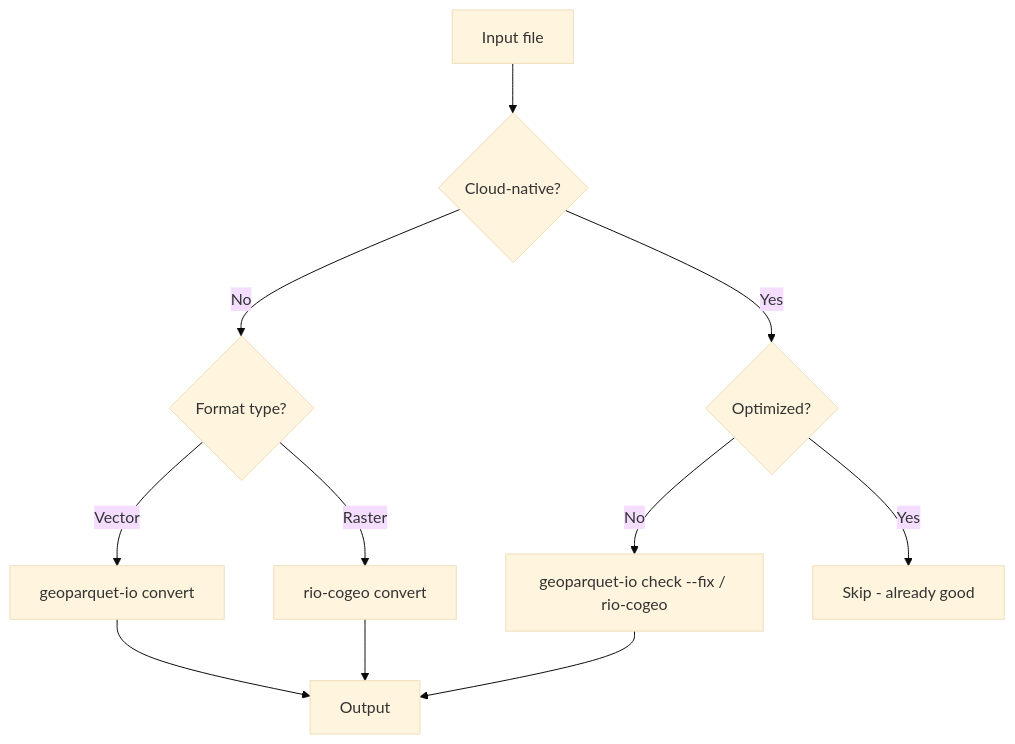
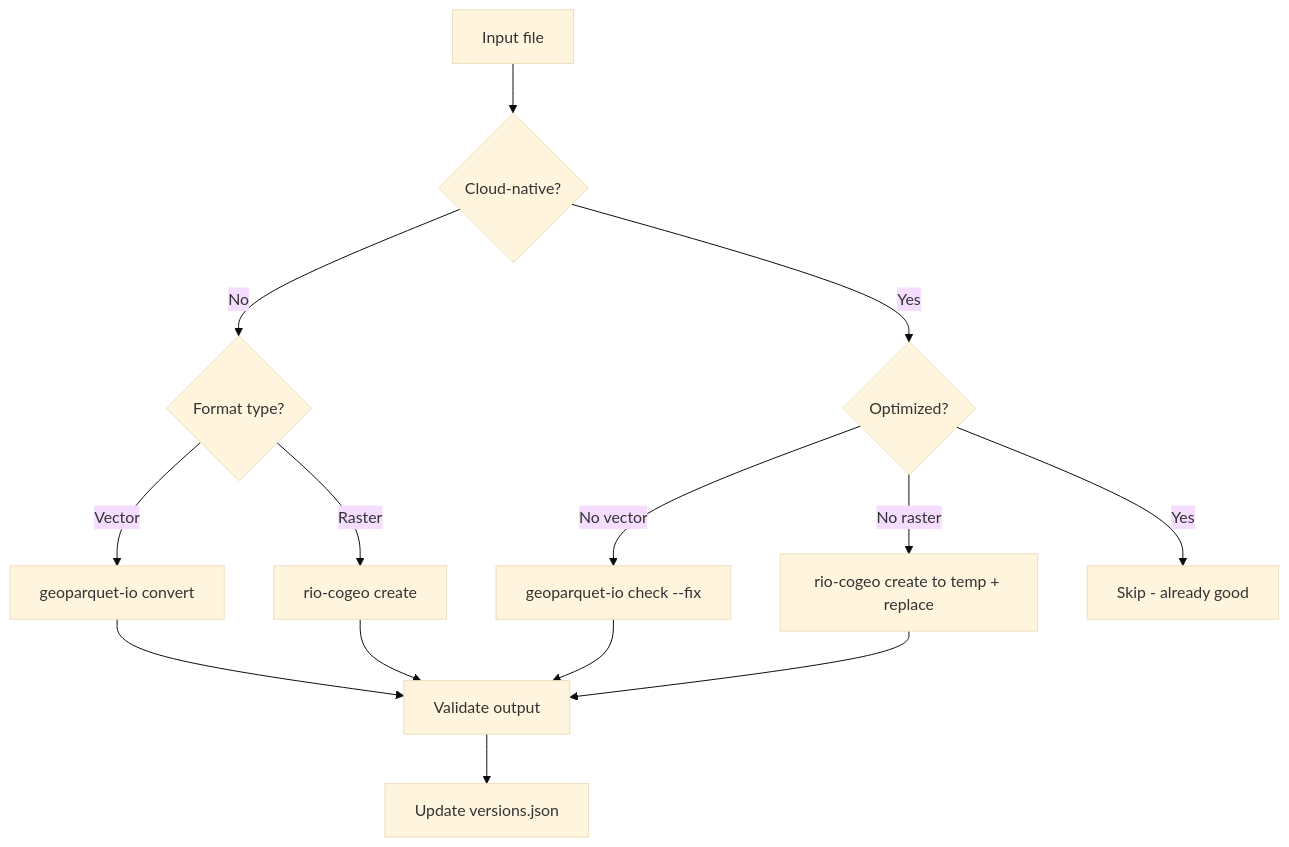
One commit to portolan-sdi/portolan-cli changed the first of 3 diagrams in context/shared/plans/2025-02-19-convert-command-design.md. Above: the diagram before and after it, drawn with Mermaid (base theme). The commit also changed other lines of this file, not shown here.

First line of the commit message:
docs: resolve convert command design parking lot items

````diff
--- a/context/shared/plans/2025-02-19-convert-command-design.md
+++ b/context/shared/plans/2025-02-19-convert-command-design.md
@@ -70,13 +70,16 @@
 ```mermaid
 graph TD
     A[Input file] --> B{Cloud-native?}
     B -->|No| C{Format type?}
     B -->|Yes| D{Optimized?}
     C -->|Vector| E[geoparquet-io convert]
-    C -->|Raster| F[rio-cogeo convert]
-    D -->|No| G[geoparquet-io check --fix / rio-cogeo]
-    D -->|Yes| H[Skip - already good]
-    E --> I[Output]
-    F --> I
-    G --> I
+    C -->|Raster| F[rio-cogeo create]
+    D -->|No vector| G[geoparquet-io check --fix]
+    D -->|No raster| H[rio-cogeo create to temp + replace]
+    D -->|Yes| I[Skip - already good]
+    E --> J[Validate output]
+    F --> J
+    G --> J
+    H --> J
+    J --> K[Update versions.json]
 ```
````
